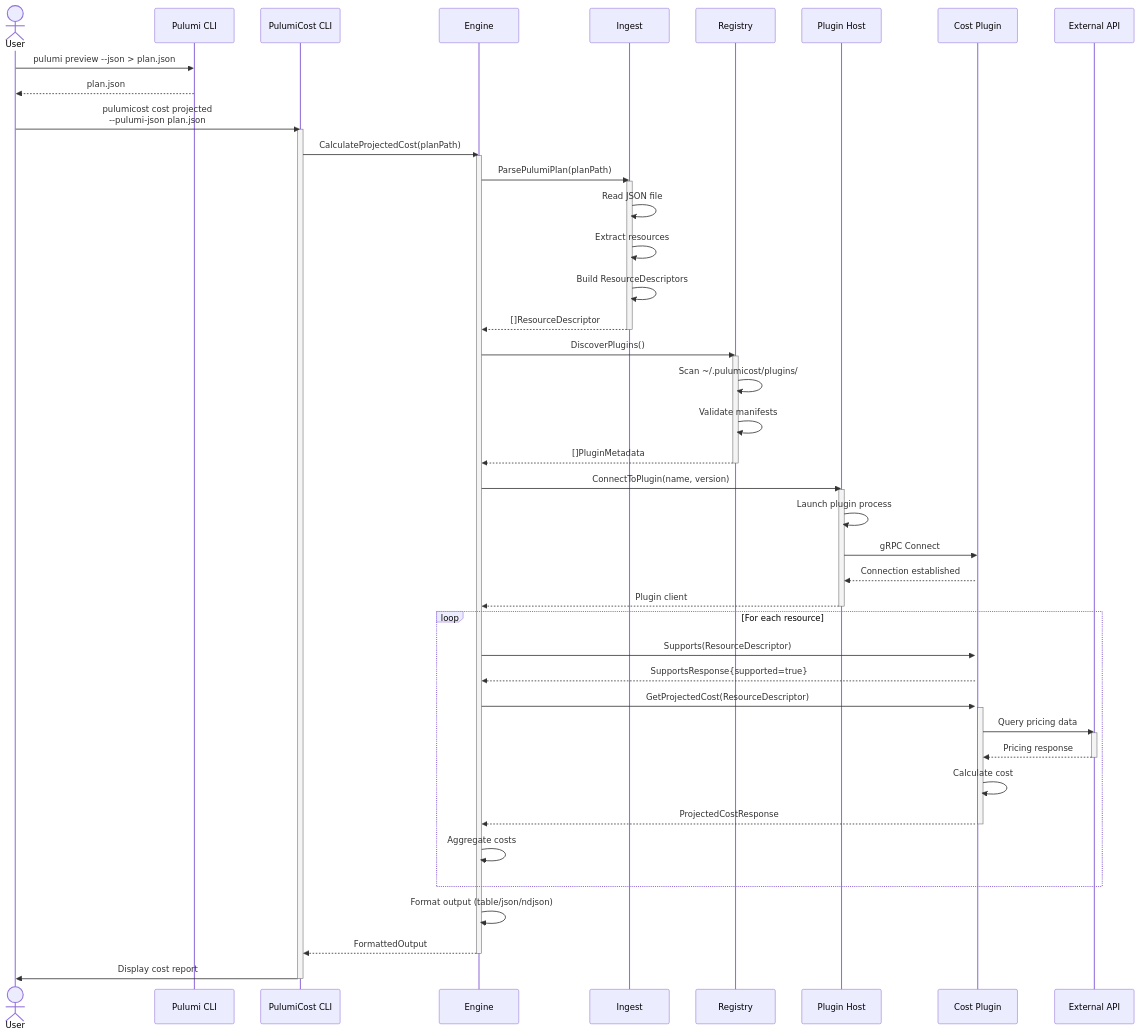
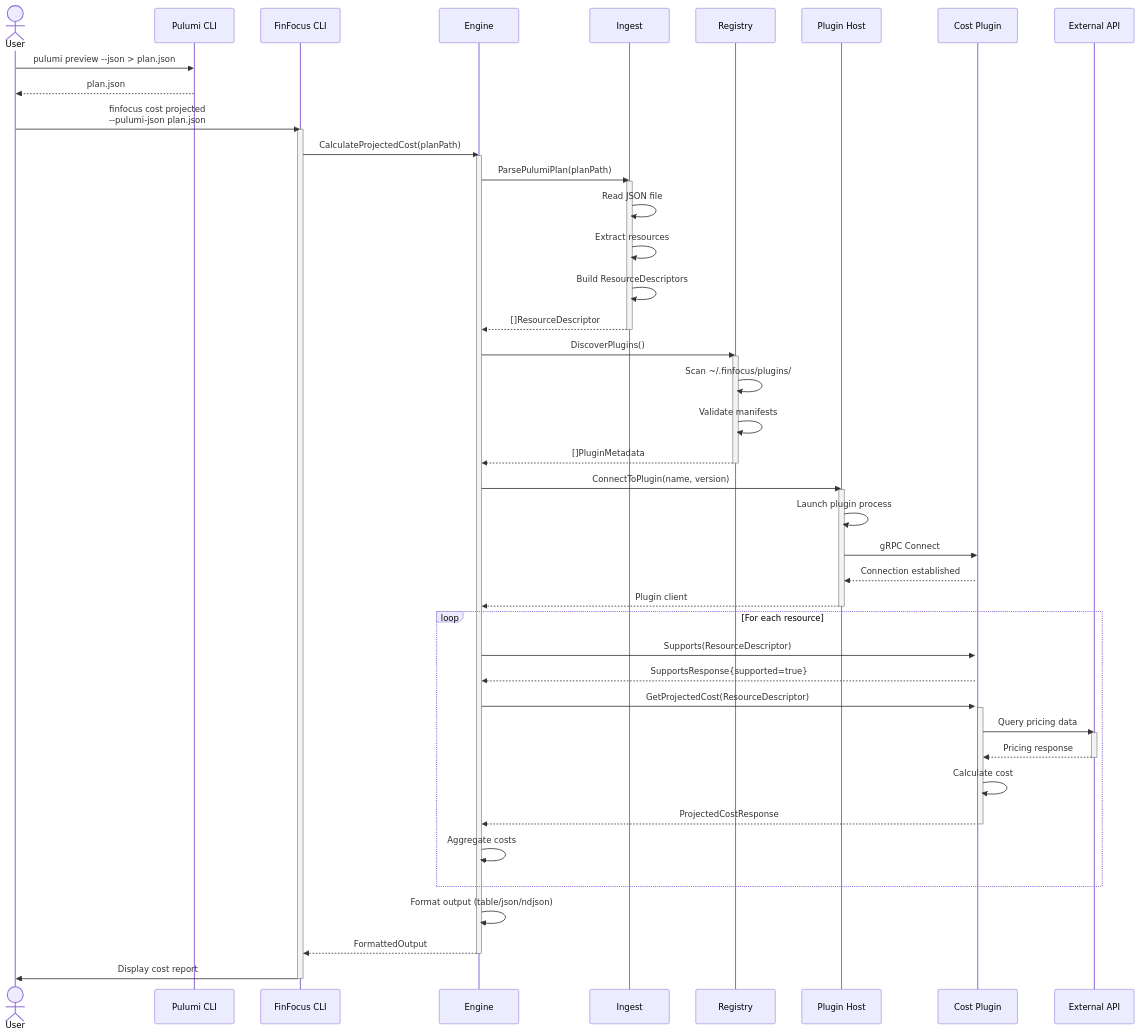
Before and after one commit to rshade/pulumicost-core: the first of 2 diagrams in docs/architecture/diagrams/data-flow.md, drawn with Mermaid. The commit also changed other lines of this file and 514 other files, not shown here.

````diff
--- a/docs/architecture/diagrams/data-flow.md
+++ b/docs/architecture/diagrams/data-flow.md
@@ -10,69 +10,69 @@
 ```mermaid
 sequenceDiagram
     actor User
     participant Pulumi as Pulumi CLI
-    participant CLI as PulumiCost CLI
+    participant CLI as FinFocus CLI
     participant Engine as Engine
     participant Ingest as Ingest
     participant Registry as Registry
     participant PluginHost as Plugin Host
     participant Plugin as Cost Plugin
     participant API as External API
 
     User->>Pulumi: pulumi preview --json > plan.json
     Pulumi-->>User: plan.json
 
-    User->>CLI: pulumicost cost projected<br/>--pulumi-json plan.json
+    User->>CLI: finfocus cost projected<br/>--pulumi-json plan.json
     activate CLI
 
     CLI->>Engine: CalculateProjectedCost(planPath)
     activate Engine
 
     Engine->>Ingest: ParsePulumiPlan(planPath)
     activate Ingest
     Ingest->>Ingest: Read JSON file
     Ingest->>Ingest: Extract resources
     Ingest->>Ingest: Build ResourceDescriptors
     Ingest-->>Engine: []ResourceDescriptor
     deactivate Ingest
 
     Engine->>Registry: DiscoverPlugins()
     activate Registry
-    Registry->>Registry: Scan ~/.pulumicost/plugins/
+    Registry->>Registry: Scan ~/.finfocus/plugins/
     Registry->>Registry: Validate manifests
     Registry-->>Engine: []PluginMetadata
     deactivate Registry
 
     Engine->>PluginHost: ConnectToPlugin(name, version)
     activate PluginHost
     PluginHost->>PluginHost: Launch plugin process
     PluginHost->>Plugin: gRPC Connect
     activate Plugin
     Plugin-->>PluginHost: Connection established
     PluginHost-->>Engine: Plugin client
     deactivate PluginHost
 
     loop For each resource
         Engine->>Plugin: Supports(ResourceDescriptor)
         Plugin-->>Engine: SupportsResponse{supported=true}
 
         Engine->>Plugin: GetProjectedCost(ResourceDescriptor)
         activate Plugin
         Plugin->>API: Query pricing data
         activate API
         API-->>Plugin: Pricing response
         deactivate API
         Plugin->>Plugin: Calculate cost
         Plugin-->>Engine: ProjectedCostResponse
         deactivate Plugin
 
         Engine->>Engine: Aggregate costs
     end
 
     Engine->>Engine: Format output (table/json/ndjson)
     Engine-->>CLI: FormattedOutput
     deactivate Engine
 
     CLI->>User: Display cost report
     deactivate CLI
 ```
````
